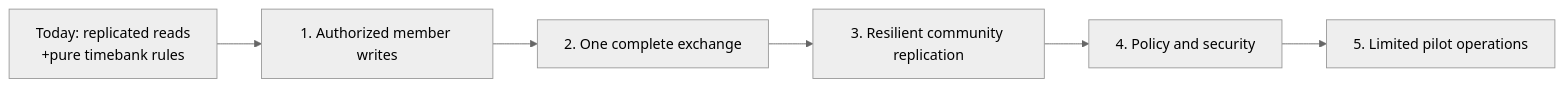
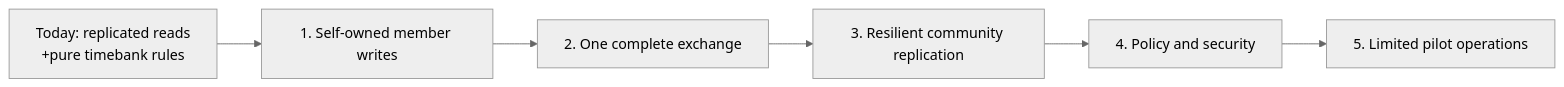
One commit to matthewlovestocode/peer-hours changed the first of 2 diagrams in docs/production-roadmap.md. Above: the diagram before and after it, drawn with Mermaid (neutral theme). The commit also changed other lines of this file and 19 other files, not shown here.

````diff
--- a/docs/production-roadmap.md
+++ b/docs/production-roadmap.md
@@ -7,8 +7,8 @@
 ```mermaid
 flowchart LR
-    A["Today: replicated reads\n+pure timebank rules"] --> B["1. Authorized member writes"]
+    A["Today: replicated reads\n+pure timebank rules"] --> B["1. Self-owned member writes"]
     B --> C["2. One complete exchange"]
     C --> D["3. Resilient community replication"]
     D --> E["4. Policy and security"]
     E --> F["5. Limited pilot operations"]
 ```
````
